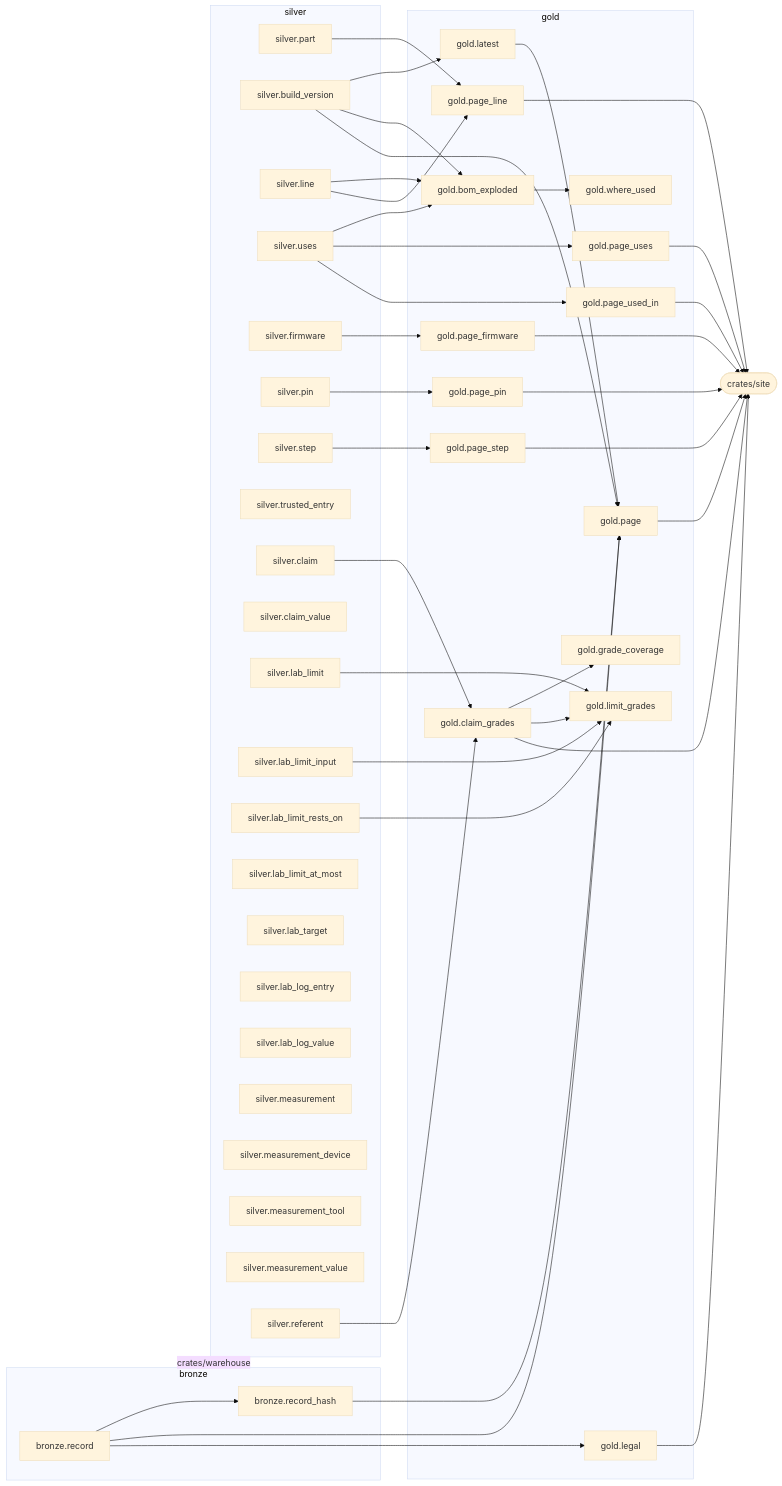
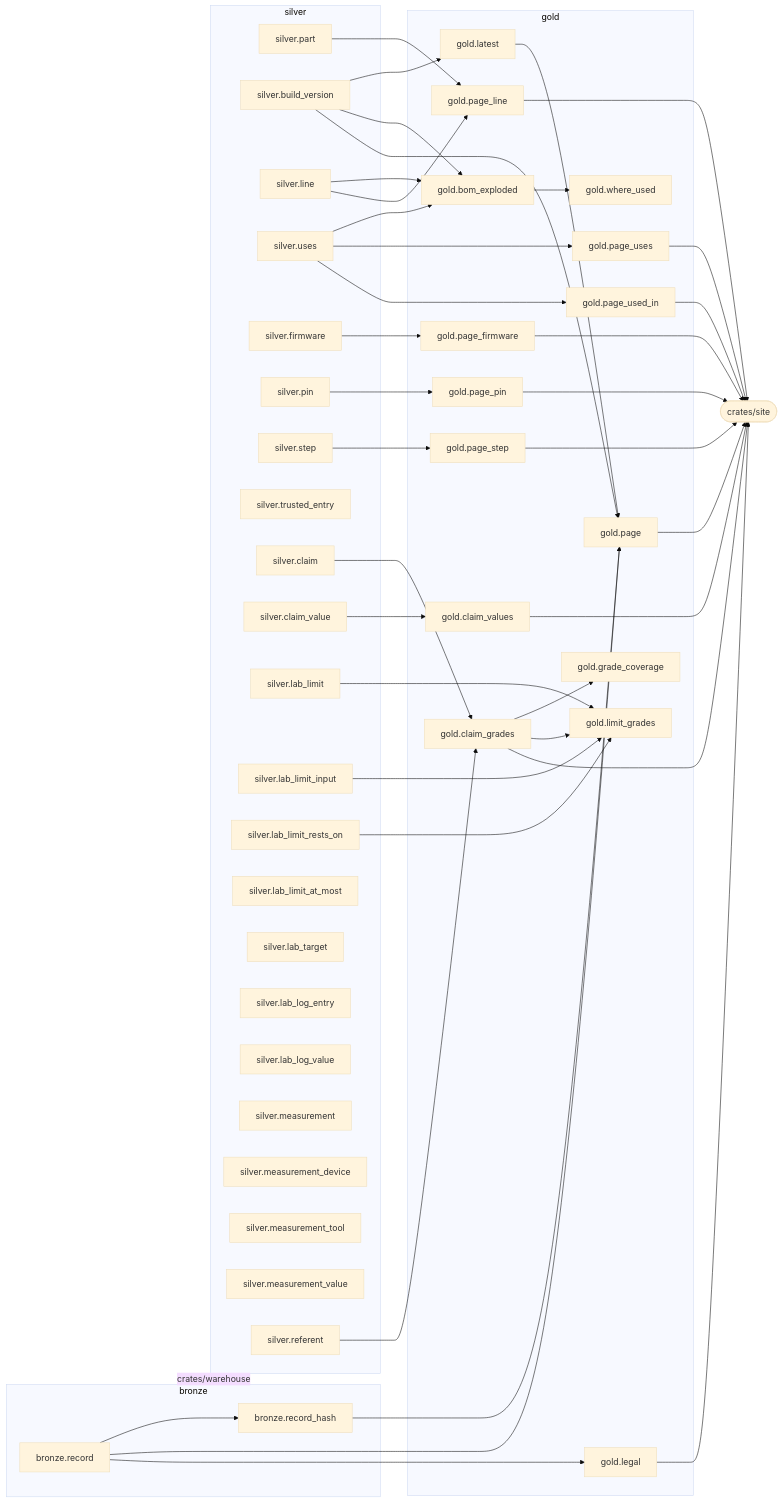
The diagram in docs/data-catalogue.md (via-balaena/tentzhen), drawn with Mermaid (base theme) before and after one commit. The commit also changed other lines of this file and 22 other files, not shown here.

```diff
--- a/docs/data-catalogue.md
+++ b/docs/data-catalogue.md
@@ -43,6 +43,7 @@
   subgraph gold
     gold_latest["gold.latest"]
     gold_claim_grades["gold.claim_grades"]
+    gold_claim_values["gold.claim_values"]
     gold_grade_coverage["gold.grade_coverage"]
     gold_bom_exploded["gold.bom_exploded"]
     gold_where_used["gold.where_used"]
@@ -61,6 +62,7 @@
   silver_build_version --> gold_latest
   silver_claim --> gold_claim_grades
   silver_referent --> gold_claim_grades
+  silver_claim_value --> gold_claim_values
   gold_claim_grades --> gold_grade_coverage
   silver_build_version --> gold_bom_exploded
   silver_line --> gold_bom_exploded
@@ -84,6 +86,7 @@
   bronze_record --> gold_legal
   crates_site(["crates/site"])
   gold_claim_grades --> crates_site
+  gold_claim_values --> crates_site
   gold_page --> crates_site
   gold_page_line --> crates_site
   gold_page_uses --> crates_site
```
